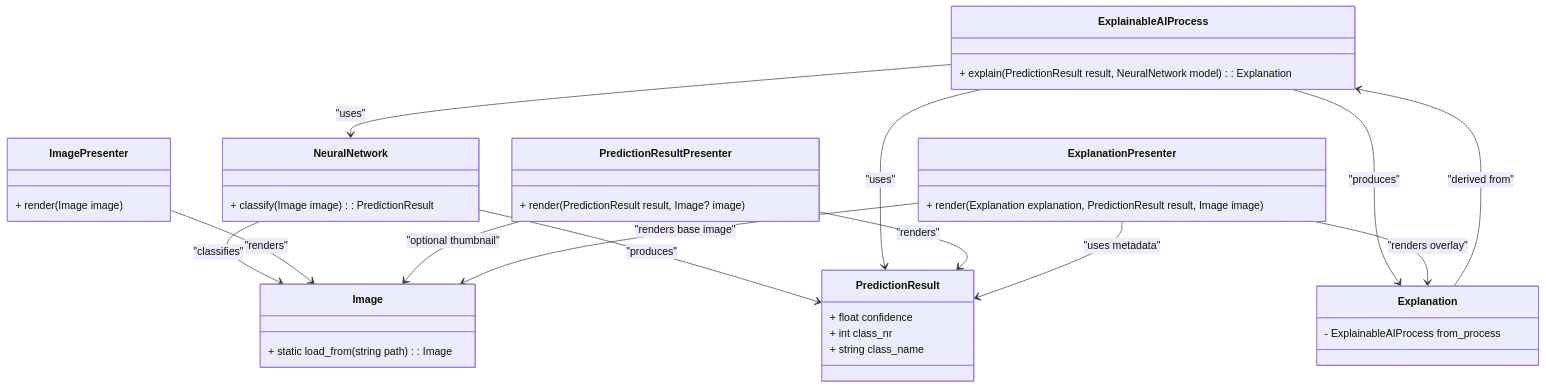
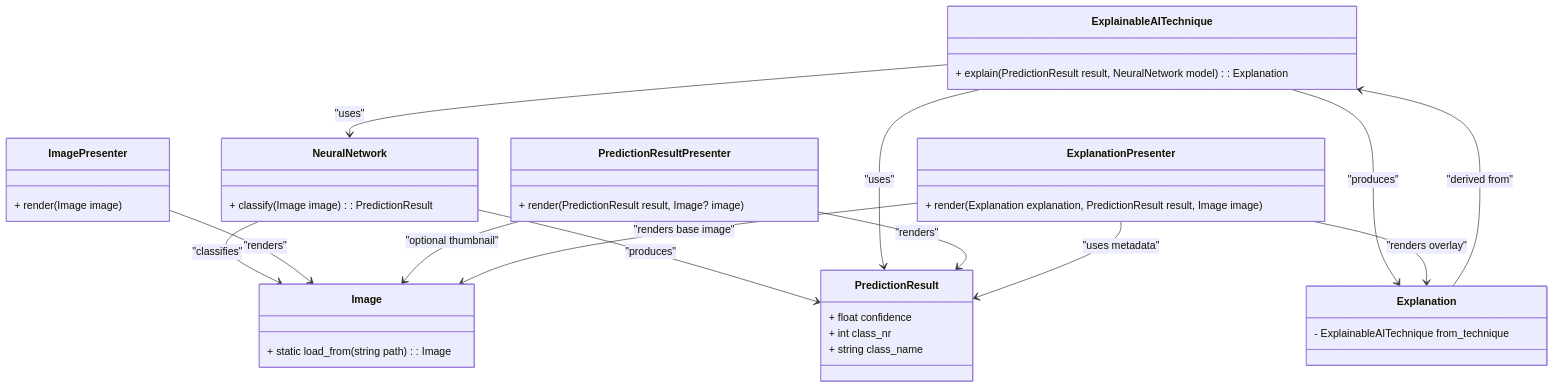
The diagram in documentation/02_class_diagram_relationship_context.md (GermainGirndt/visual-explanaible-ai), drawn with Mermaid before and after one commit. The commit also changed 3 other files, not shown here.

Commit message:
Refactor terminology from "ExplainableAIProcess" to "ExplainableAITechnique" in documentation and diagrams for consistency

````diff
--- a/documentation/02_class_diagram_relationship_context.md
+++ b/documentation/02_class_diagram_relationship_context.md
@@ -3,68 +3,67 @@
 ```mermaid
 classDiagram
-
 %% --------------------
 %% Model Layer
 %% --------------------
 class Image {
     + static load_from(string path): Image
 }
 
 class NeuralNetwork {
     + classify(Image image): PredictionResult
 }
 
 class PredictionResult {
     + float confidence
     + int class_nr
     + string class_name
 }
 
-class ExplainableAIProcess {
+class ExplainableAITechnique {
     + explain(PredictionResult result, NeuralNetwork model): Explanation
 }
 
 class Explanation {
-    - ExplainableAIProcess from_process
+    - ExplainableAITechnique from_technique
 }
 
 %% --------------------
 %% View Layer (Separate Web Pages)
 %% --------------------
 class ImagePresenter {
     + render(Image image)
 }
 
 class PredictionResultPresenter {
     + render(PredictionResult result, Image? image)
 }
 
 class ExplanationPresenter {
     + render(Explanation explanation, PredictionResult result, Image image)
 }
 
 %% --------------------
 %% Relationships (Models)
 %% --------------------
 NeuralNetwork --> Image : "classifies"
 NeuralNetwork --> PredictionResult : "produces"
 
-ExplainableAIProcess --> NeuralNetwork : "uses"
-ExplainableAIProcess --> PredictionResult : "uses"
-ExplainableAIProcess --> Explanation : "produces"
+ExplainableAITechnique --> NeuralNetwork : "uses"
+ExplainableAITechnique --> PredictionResult : "uses"
+ExplainableAITechnique --> Explanation : "produces"
 
-Explanation --> ExplainableAIProcess : "derived from"
+Explanation --> ExplainableAITechnique : "derived from"
 
 %% --------------------
 %% Relationships (Views)
 %% --------------------
 ImagePresenter --> Image : "renders"
 
 PredictionResultPresenter --> PredictionResult : "renders"
 PredictionResultPresenter --> Image : "optional thumbnail"
 
 ExplanationPresenter --> Explanation : "renders overlay"
 ExplanationPresenter --> PredictionResult : "uses metadata"
 ExplanationPresenter --> Image : "renders base image"
 
 ```
````
